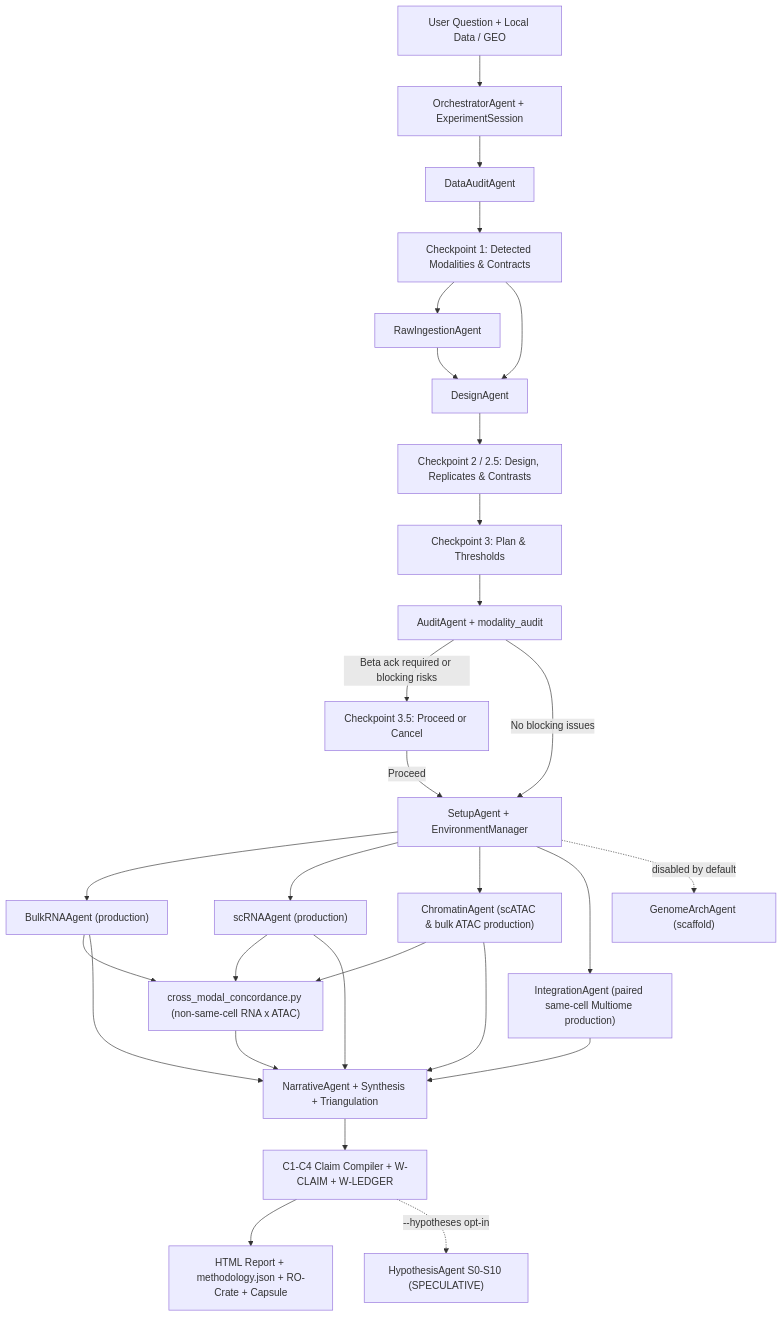
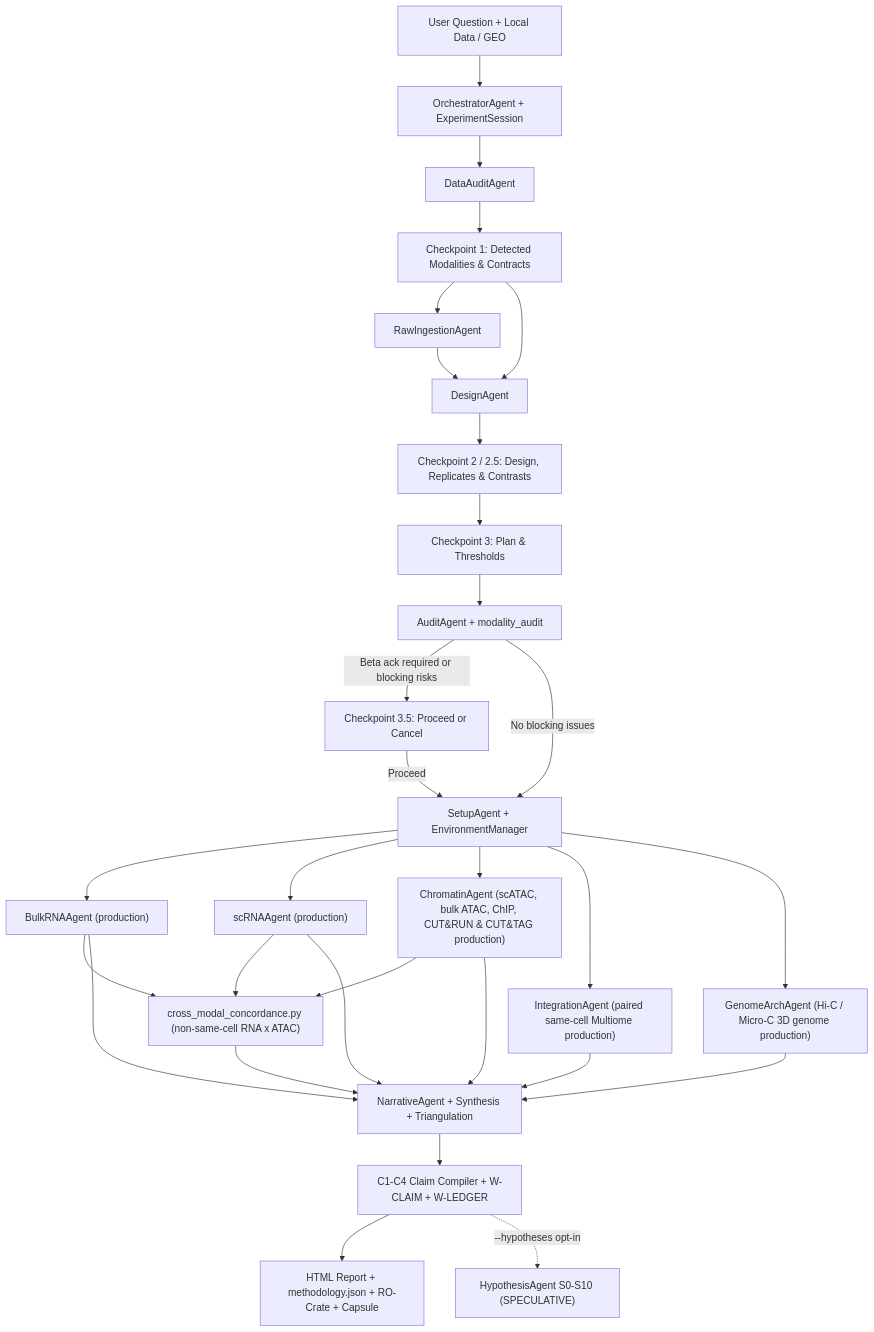
The diagram in docs/diagrams/aria_overview.mmd (Olascoaga/aria-omics), drawn with Mermaid before and after one commit. The commit also changed 66 other files, not shown here.

```diff
--- a/docs/diagrams/aria_overview.mmd
+++ b/docs/diagrams/aria_overview.mmd
@@ -1,29 +1,30 @@
 flowchart TD
     U["User Question + Local Data / GEO"] --> O["OrchestratorAgent + ExperimentSession"]
     O --> DA["DataAuditAgent"]
     DA --> CP1["Checkpoint 1: Detected Modalities & Contracts"]
     CP1 --> RAW["RawIngestionAgent"]
     CP1 --> D["DesignAgent"]
     RAW --> D
     D --> CP2["Checkpoint 2 / 2.5: Design, Replicates & Contrasts"]
     CP2 --> CP3["Checkpoint 3: Plan & Thresholds"]
     CP3 --> A["AuditAgent + modality_audit"]
     A -->|Beta ack required or blocking risks| CP35["Checkpoint 3.5: Proceed or Cancel"]
     A -->|No blocking issues| SETUP["SetupAgent + EnvironmentManager"]
     CP35 -->|Proceed| SETUP
     SETUP --> B["BulkRNAAgent (production)"]
     SETUP --> S["scRNAAgent (production)"]
-    SETUP --> C["ChromatinAgent (scATAC & bulk ATAC production)"]
+    SETUP --> C["ChromatinAgent (scATAC, bulk ATAC, ChIP, CUT&RUN & CUT&TAG production)"]
     SETUP --> INT["IntegrationAgent (paired same-cell Multiome production)"]
-    SETUP -. disabled by default .-> H["GenomeArchAgent (scaffold)"]
+    SETUP --> H["GenomeArchAgent (Hi-C / Micro-C 3D genome production)"]
     B --> CM["cross_modal_concordance.py (non-same-cell RNA x ATAC)"]
     S --> CM
     C --> CM
     B --> N["NarrativeAgent + Synthesis + Triangulation"]
     S --> N
     C --> N
+    H --> N
     CM --> N
     INT --> N
     N --> COMP["C1-C4 Claim Compiler + W-CLAIM + W-LEDGER"]
     COMP --> R["HTML Report + methodology.json + RO-Crate + Capsule"]
     COMP -. "--hypotheses opt-in" .-> HYPO["HypothesisAgent S0-S10 (SPECULATIVE)"]
```
